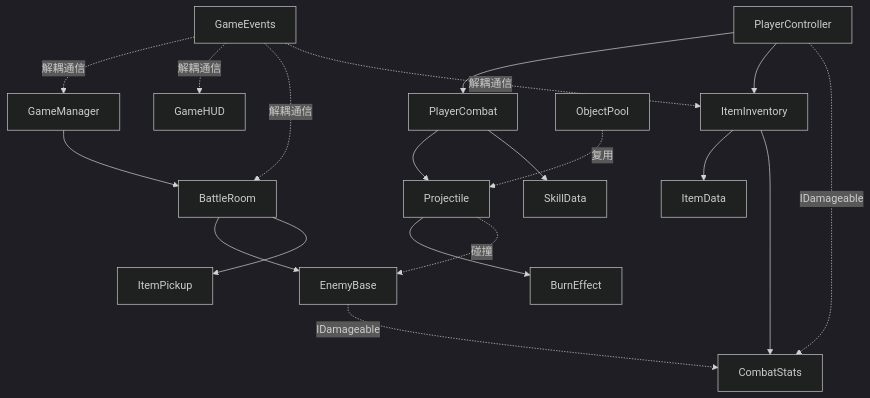
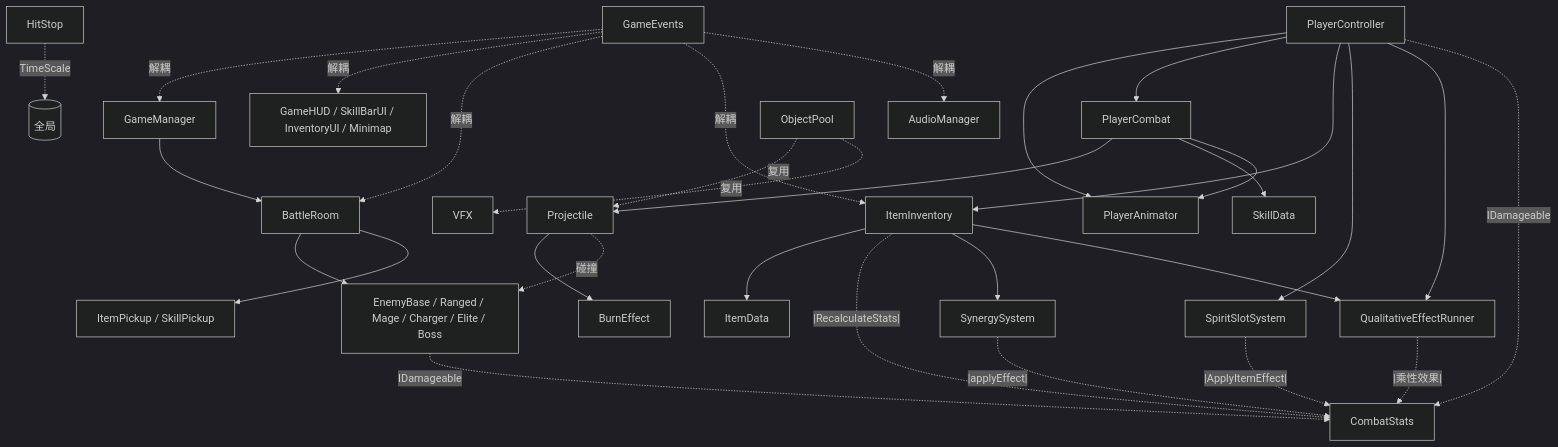
One commit to Neilyodoge/Gate-of-Babylon changed the diagram in docs/game/tech/架构总览.md. Above: the diagram before and after it, drawn with Mermaid (dark theme). The commit also changed other lines of this file and 13 other files, not shown here.

````diff
--- a/docs/game/tech/架构总览.md
+++ b/docs/game/tech/架构总览.md
@@ -38,27 +90,47 @@
 ```mermaid
 graph TD
+    %% 核心
     GM[GameManager] --> BR[BattleRoom]
-    BR --> EB[EnemyBase]
-    BR --> IP[ItemPickup]
+    BR --> EB[EnemyBase / Ranged / Mage / Charger / Elite / Boss]
+    BR --> IP[ItemPickup / SkillPickup]
 
-    PC[PlayerController] --> PCB[PlayerCombat]
+    %% 玩家
+    PC[PlayerController] --> PA[PlayerAnimator]
+    PC --> PCB[PlayerCombat]
     PC --> II[ItemInventory]
+    PC --> SS[SpiritSlotSystem]
+    PC --> QE[QualitativeEffectRunner]
+
     PCB --> PJ[Projectile]
     PCB --> SD[SkillData]
+    PCB --> PA
 
+    %% 灵物
     II --> ID[ItemData]
-    II --> CS[CombatStats]
+    II -.|RecalculateStats|.-> CS[CombatStats]
+    SS -.|ApplyItemEffect|.-> CS
+    II --> SY[SynergySystem]
+    SY -.|applyEffect|.-> CS
+    II --> QE
+    QE -.|乘性效果|.-> CS
 
-    EB -.->|IDamageable| CS
-    PC -.->|IDamageable| CS
+    %% 战斗
+    EB -.IDamageable.-> CS
+    PC -.IDamageable.-> CS
+    PJ --> BE[BurnEffect]
+    PJ -.碰撞.-> EB
 
-    PJ --> BE[BurnEffect]
-    PJ -.->|碰撞| EB
+    %% 顿帧
+    HS[HitStop] -.TimeScale.-> ALL[(全局)]
 
-    GE[GameEvents] -.->|解耦通信| GM
-    GE -.->|解耦通信| HUD[GameHUD]
-    GE -.->|解耦通信| BR
-    GE -.->|解耦通信| II
+    %% 事件总线
+    GE[GameEvents] -.解耦.-> GM
+    GE -.解耦.-> HUD[GameHUD / SkillBarUI / InventoryUI / Minimap]
+    GE -.解耦.-> BR
+    GE -.解耦.-> II
+    GE -.解耦.-> AM[AudioManager]
 
-    OP[ObjectPool] -.->|复用| PJ
+    %% 对象池
+    OP[ObjectPool] -.复用.-> PJ
+    OP -.复用.-> VFX[VFX]
 ```
````
